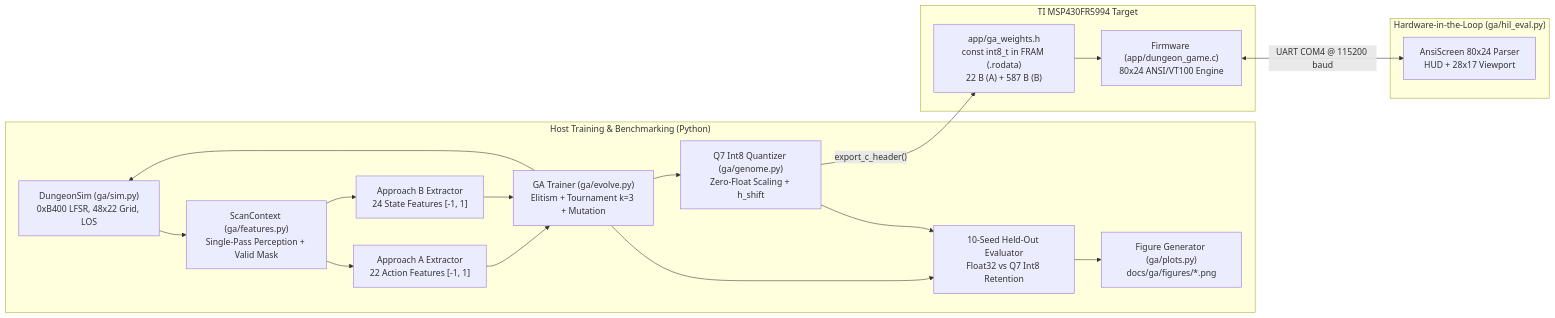
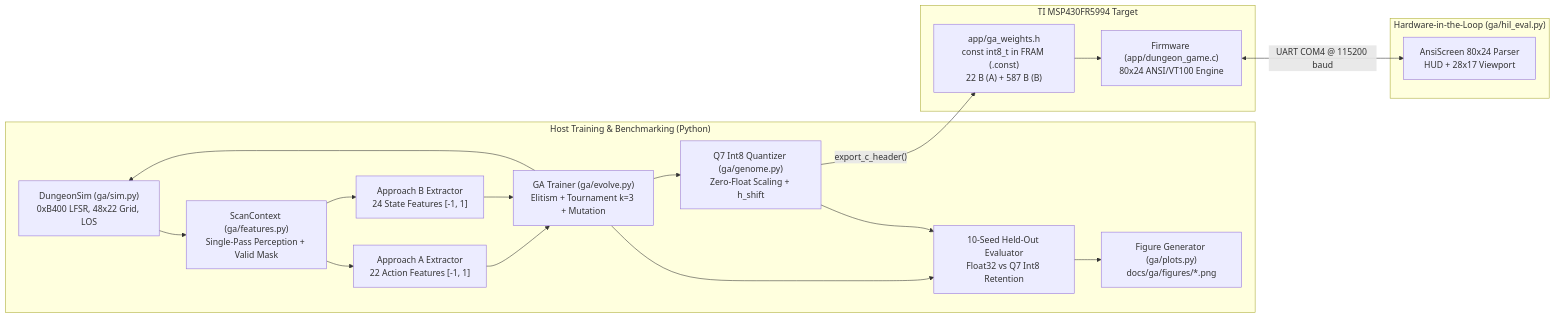
The diagram in docs/ga/ARCHITECTURE.md (joaogpd/msp430fr5994-uart-games), drawn with Mermaid before and after one commit. The commit also changed other lines of this file and 11 other files, not shown here.

````diff
--- a/docs/ga/ARCHITECTURE.md
+++ b/docs/ga/ARCHITECTURE.md
@@ -9,36 +9,36 @@
 ```mermaid
 flowchart LR
     subgraph Host["Host Training & Benchmarking (Python)"]
         SIM["DungeonSim (ga/sim.py)\n0xB400 LFSR, 48x22 Grid, LOS"]
         CTX["ScanContext (ga/features.py)\nSingle-Pass Perception + Valid Mask"]
         FA["Approach A Extractor\n22 Action Features [-1, 1]"]
         FB["Approach B Extractor\n24 State Features [-1, 1]"]
         GA["GA Trainer (ga/evolve.py)\nElitism + Tournament k=3 + Mutation"]
         Q7["Q7 Int8 Quantizer (ga/genome.py)\nZero-Float Scaling + h_shift"]
         BENCH["10-Seed Held-Out Evaluator\nFloat32 vs Q7 Int8 Retention"]
         PLOTS["Figure Generator (ga/plots.py)\ndocs/ga/figures/*.png"]
     end
 
     subgraph MCU["TI MSP430FR5994 Target"]
-        HDR["app/ga_weights.h\nconst int8_t in FRAM (.rodata)\n22 B (A) + 587 B (B)"]
+        HDR["app/ga_weights.h\nconst int8_t in FRAM (.const)\n22 B (A) + 587 B (B)"]
         FW["Firmware (app/dungeon_game.c)\n80x24 ANSI/VT100 Engine"]
     end
 
     subgraph HIL["Hardware-in-the-Loop (ga/hil_eval.py)"]
         ANSI["AnsiScreen 80x24 Parser\nHUD + 28x17 Viewport"]
     end
 
     SIM --> CTX
     CTX --> FA
     CTX --> FB
     FA --> GA
     FB --> GA
     GA --> SIM
     GA --> Q7
     GA --> BENCH
     Q7 --> BENCH
     BENCH --> PLOTS
     Q7 -->|"export_c_header()"| HDR
     HDR --> FW
     FW <-->|"UART COM4 @ 115200 baud"| ANSI
 ```
````
